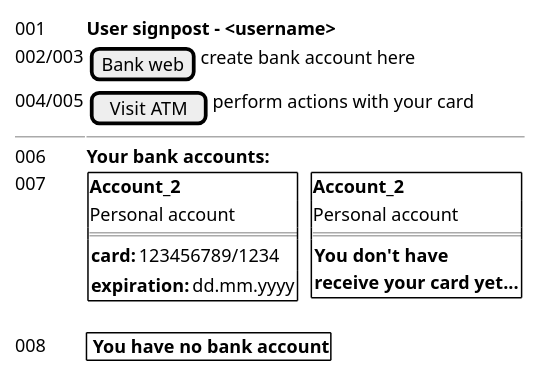
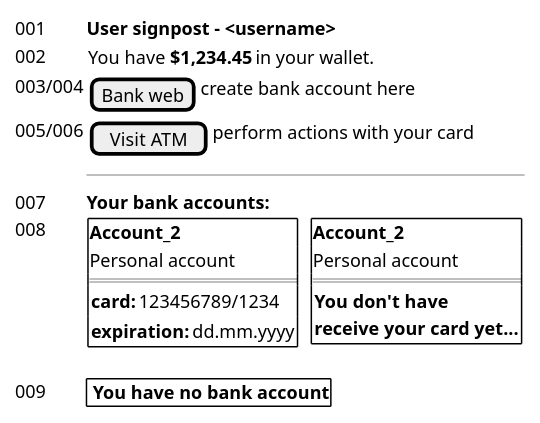
The diagram in documentation/gui/user_signpost/1-home-page.puml (jjaros/microservices-bank), drawn with PlantUML before and after one commit. The commit also changed 2 other files, not shown here.

Commit message:
Add wallet state to User signpost

```diff
--- a/documentation/gui/user_signpost/1-home-page.puml
+++ b/documentation/gui/user_signpost/1-home-page.puml
@@ -1,32 +1,32 @@
 @startuml
 salt
 {
   001 | <b>User signpost - <username>
+  002 | {You have <b>$1,234.45 | in your wallet.}
+  003/004 | {[Bank web] | create bank account here}
+  005/006 | {[Visit ATM] | perform actions with your card}
 
-  002/003 | {[Bank web] | create bank account here}
-  004/005 | {[Visit ATM] | perform actions with your card}
+  .|--
 
-  --|--
-
-  006 | <b>Your bank accounts:
-  007 | {
+  007 | <b>Your bank accounts:
+  008 | {
           {+
             <b>Account_2
             Personal account
             ==
             {<b>card: | 123456789/1234}
             {<b>expiration: | dd.mm.yyyy}
           } | {  . } |
           {+
             <b>Account_2
             Personal account
             ==
             {<b>You don't have
             <b>receive your card yet...}
           }
         }
   . | .
-  008 | {+<b> You have no bank account}
+  009 | {+<b> You have no bank account}
 }
 
 @enduml
```
